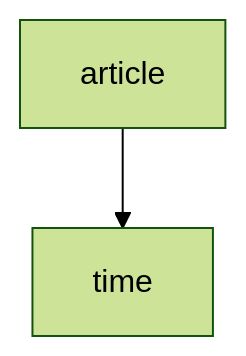
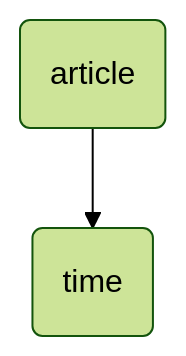
Before and after one commit to PawelKulawiak/textmininginclusion: the third of 3 diagrams in text_mining.qmd, drawn with Mermaid. The commit also changed other lines of this file and 1 other file, not shown here.

````diff
--- a/text_mining.qmd
+++ b/text_mining.qmd
@@ -383,7 +427,7 @@
 ```{mermaid}
 %%| label: fig-schachtelung_3
-%%| fig-cap: Hierarchische Schachtelung der HTML-Elemente `article` und `time`
+%%| fig-cap: Reduzierte hierarchische Schachtelung der HTML-Elemente `article` und `time`
 %%{init: {'theme':'forest'}}%%
 flowchart TB
-  article --> time
+  id1(article) --> id2(time)
 ```
````
